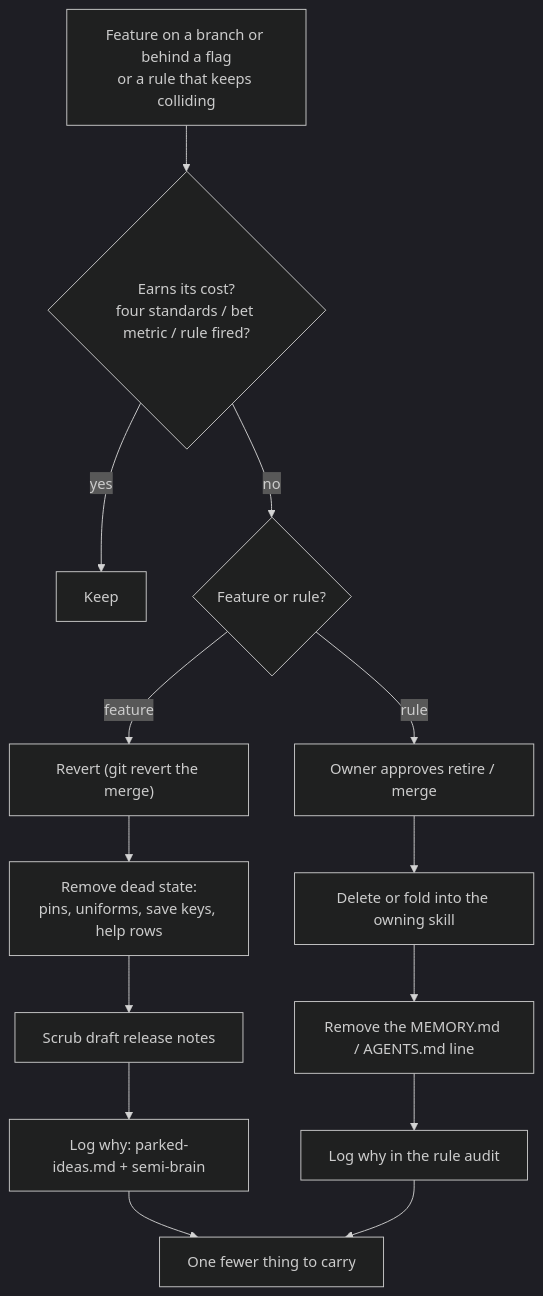
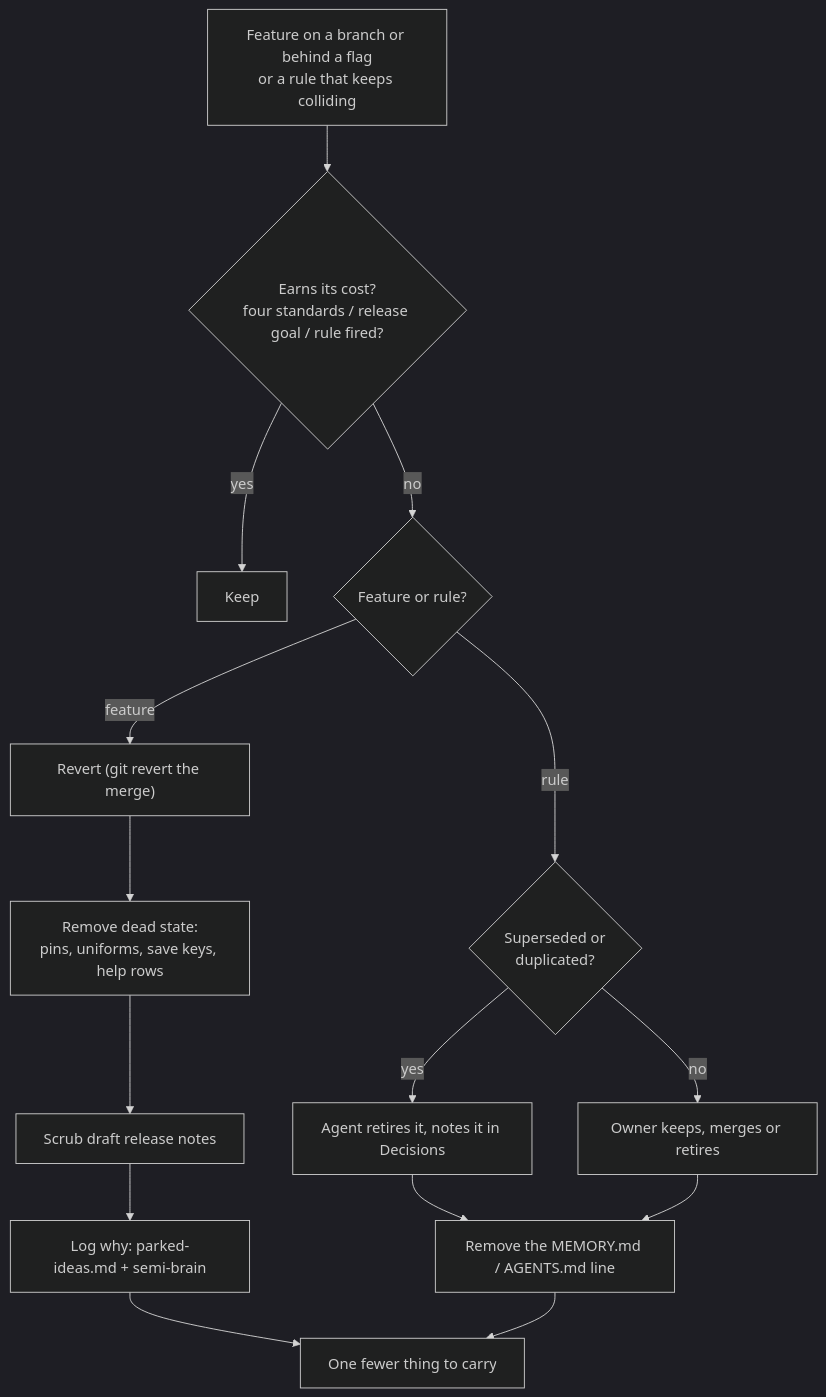
Before and after one commit to MechanicalBoy/Infinite: the sixth of 6 diagrams in .claude/skills/infinite-lifecycle/SKILL.md, drawn with Mermaid (dark theme). The commit also changed other lines of this file and 1 other file, not shown here.

First line of the commit message:
Lifecycle: quality loop replaces the downloads bet; claims, absent-owner protocol, non-code lanes

````diff
--- a/.claude/skills/infinite-lifecycle/SKILL.md
+++ b/.claude/skills/infinite-lifecycle/SKILL.md
@@ -263,14 +311,16 @@
 ```mermaid
 flowchart TD
-    Trial["Feature on a branch or behind a flag<br/>or a rule that keeps colliding"] --> Eval{"Earns its cost?<br/>four standards / bet metric / rule fired?"}
+    Trial["Feature on a branch or behind a flag<br/>or a rule that keeps colliding"] --> Eval{"Earns its cost?<br/>four standards / release goal / rule fired?"}
     Eval -- yes --> Keep["Keep"]
     Eval -- no --> Kind{"Feature or rule?"}
 
     Kind -- feature --> F1["Revert (git revert the merge)"] --> F2["Remove dead state:<br/>pins, uniforms, save keys, help rows"]
     F2 --> F3["Scrub draft release notes"] --> F4["Log why: parked-ideas.md + semi-brain"]
 
-    Kind -- rule --> R1["Owner approves retire / merge"] --> R2["Delete or fold into the owning skill"]
-    R2 --> R3["Remove the MEMORY.md / AGENTS.md line"] --> R4["Log why in the rule audit"]
+    Kind -- rule --> R1{"Superseded or<br/>duplicated?"}
+    R1 -- yes --> R2["Agent retires it, notes it in Decisions"]
+    R1 -- no --> R3["Owner keeps, merges or retires"]
+    R2 & R3 --> R4["Remove the MEMORY.md / AGENTS.md line"]
 
     F4 & R4 --> Clean["One fewer thing to carry"]
 ```
````
